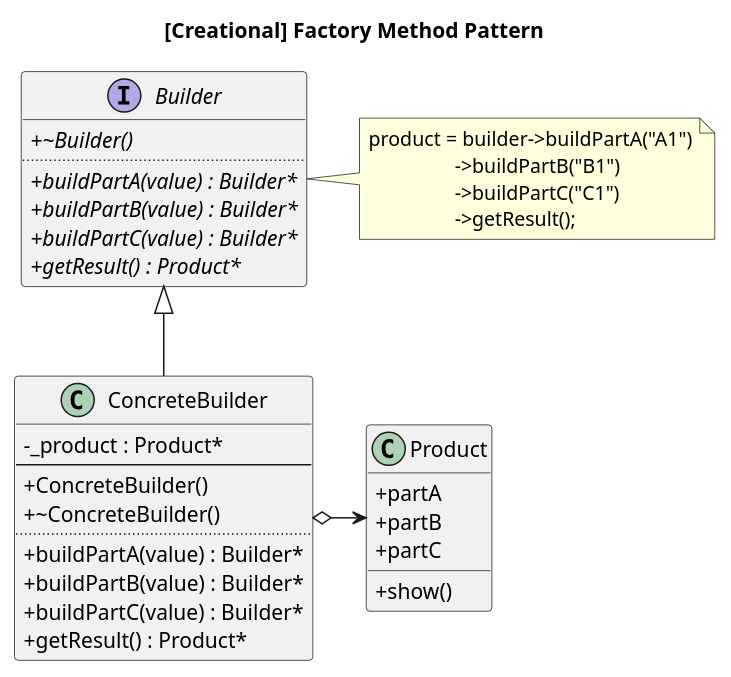
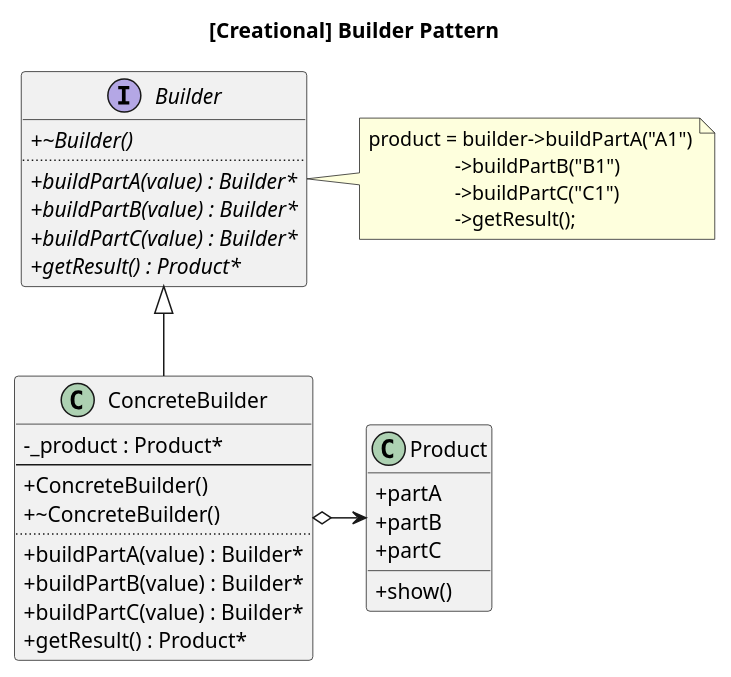
Before and after one commit to nampluskr/design_patterns: the diagram in cpp_templates/creational/builder/creational_builder-2_template.puml, drawn with PlantUML. The commit also changed 11 other files, not shown here.

```diff
--- a/cpp_templates/creational/builder/creational_builder-2_template.puml
+++ b/cpp_templates/creational/builder/creational_builder-2_template.puml
@@ -1,45 +1,45 @@
 @startuml
 skinparam classAttributeIconSize 0
-title [Creational] Factory Method Pattern
+title [Creational] Builder Pattern
 
 note as N1
 product = builder->buildPartA("A1")
                  ->buildPartB("B1")
                  ->buildPartC("C1")
                  ->getResult();
 end note
 
 interface Builder {
   + {abstract} ~Builder()
   ..
   + {abstract} buildPartA(value) : Builder*
   + {abstract} buildPartB(value) : Builder*
   + {abstract} buildPartC(value) : Builder*
   + {abstract} getResult() : Product*
 }
 class ConcreteBuilder {
   - _product : Product*
   --
   + ConcreteBuilder()
   + ~ConcreteBuilder()
   ..
   + buildPartA(value) : Builder*
   + buildPartB(value) : Builder*
   + buildPartC(value) : Builder*
   + getResult() : Product*
 }
 
 class Product {
   + partA
   + partB
   + partC
   + show()
 }
 
 Builder - N1
 Builder <|-- ConcreteBuilder
 ConcreteBuilder o-> Product
 
 hide empty members
 
 @enduml
```
